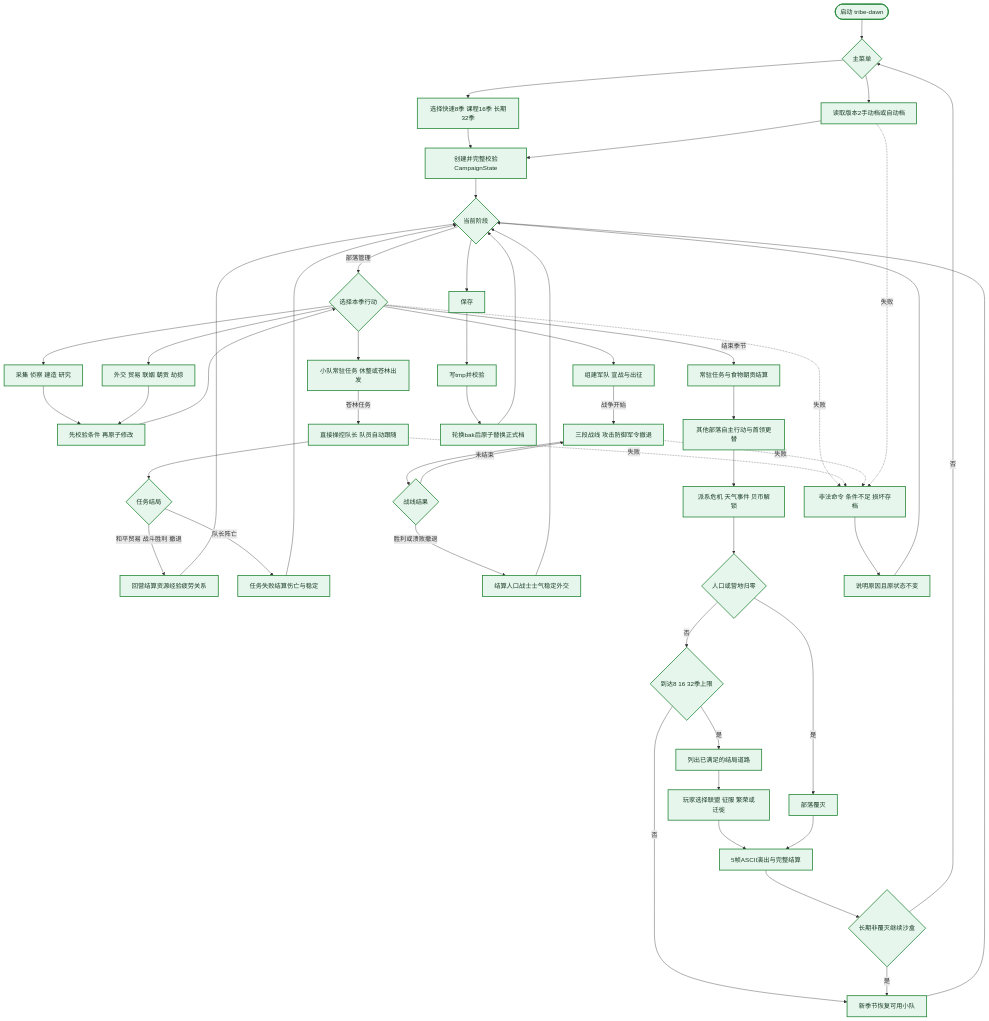
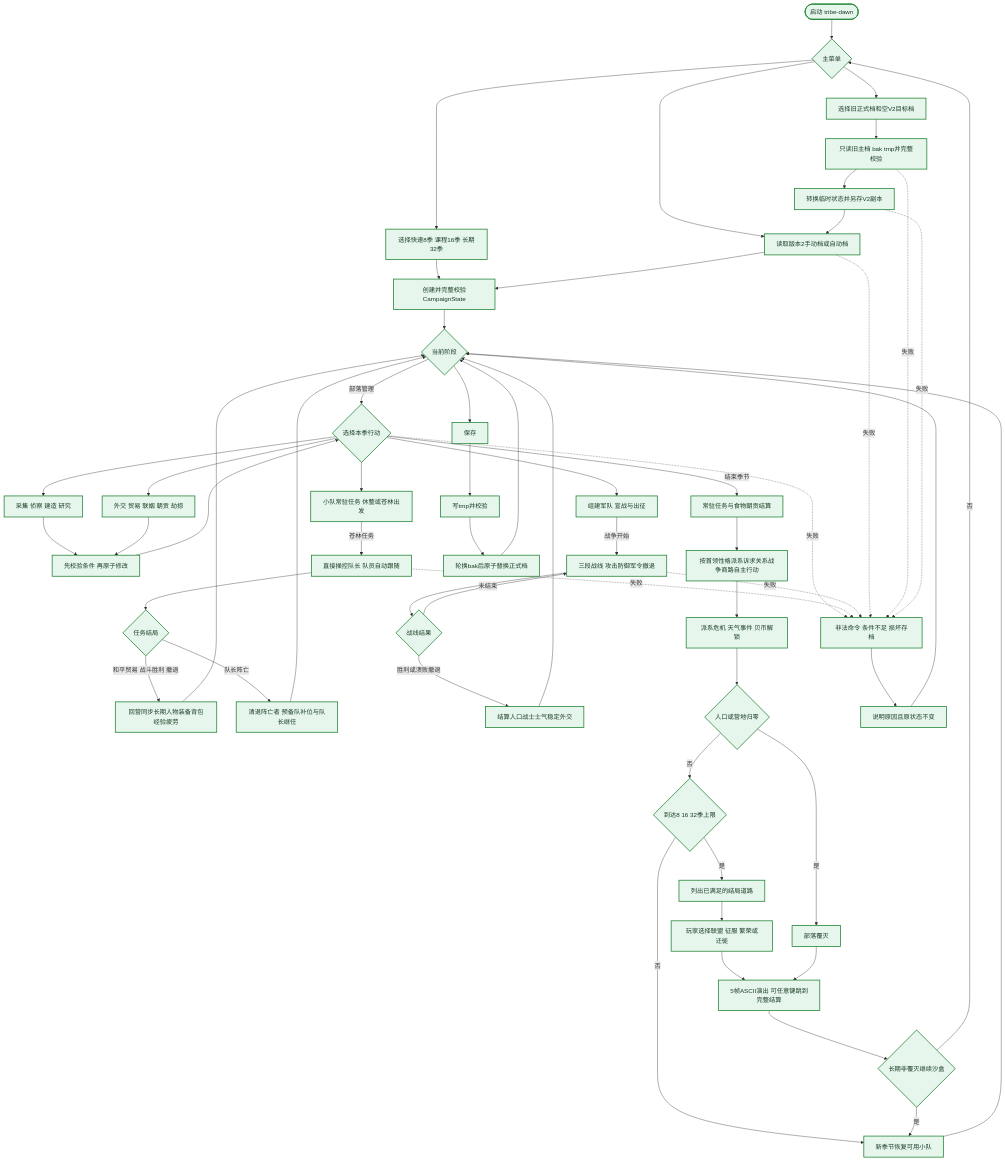
The diagram in formal/docs/diagrams/expanded/04-core-flow-expanded.mmd (gs8-79/new-game), drawn with Mermaid before and after one commit. The commit also changed 62 other files, not shown here.

```diff
--- a/formal/docs/diagrams/expanded/04-core-flow-expanded.mmd
+++ b/formal/docs/diagrams/expanded/04-core-flow-expanded.mmd
@@ -1,53 +1,59 @@
 flowchart TB
     A([启动 tribe-dawn]) --> B{主菜单}
     B --> C[选择快速8季 课程16季 长期32季]
     B --> D[读取版本2手动档或自动档]
+    B --> D1[选择旧正式档和空V2目标档]
+    D1 --> D2[只读旧主档 bak tmp并完整校验]
+    D2 --> D3[转换临时状态并另存V2副本]
+    D3 --> D
     C --> E[创建并完整校验CampaignState]
     D --> E
     E --> F{当前阶段}
     F -- 部落管理 --> G{选择本季行动}
     G --> H[采集 侦察 建造 研究]
     G --> I[外交 贸易 联姻 朝贡 劫掠]
     G --> J[小队常驻任务 休整或苍林出发]
     G --> K[组建军队 宣战与出征]
     H --> L[先校验条件 再原子修改]
     I --> L
     J -- 苍林任务 --> M[直接操控队长 队员自动跟随]
     K -- 战争开始 --> N[三段战线 攻击防御军令撤退]
     L --> G
     M --> M1{任务结局}
-    M1 -- 和平贸易 战斗胜利 撤退 --> M2[回营结算资源经验疲劳关系]
-    M1 -- 队长阵亡 --> M3[任务失败结算伤亡与稳定]
+    M1 -- 和平贸易 战斗胜利 撤退 --> M2[回营同步长期人物装备背包经验疲劳]
+    M1 -- 队长阵亡 --> M3[清退阵亡者 预备队补位与队长继任]
     M2 --> F
     M3 --> F
     N --> N1{战线结果}
     N1 -- 未结束 --> N
     N1 -- 胜利或溃败撤退 --> N2[结算人口战士士气稳定外交]
     N2 --> F
     G -- 结束季节 --> O[常驻任务与食物朝贡结算]
-    O --> P[其他部落自主行动与首领更替]
+    O --> P[按首领性格派系诉求关系战争商路自主行动]
     P --> Q[派系危机 天气事件 贝币解锁]
     Q --> R{人口或营地归零}
     R -- 是 --> X[部落覆灭]
     R -- 否 --> S{到达8 16 32季上限}
     S -- 否 --> T[新季节恢复可用小队]
     T --> F
     S -- 是 --> U[列出已满足的结局道路]
     U --> V[玩家选择联盟 征服 繁荣或迁徙]
-    V --> W[5帧ASCII演出与完整结算]
+    V --> W[5帧ASCII演出 可任意键跳到完整结算]
     X --> W
     W --> Y{长期非覆灭继续沙盒}
     Y -- 是 --> T
     Y -- 否 --> B
     Z[非法命令 条件不足 损坏存档] --> Z1[说明原因且原状态不变]
     G -.失败.-> Z
     M -.失败.-> Z
     N -.失败.-> Z
     D -.失败.-> Z
+    D2 -.失败.-> Z
+    D3 -.失败.-> Z
     Z1 --> F
     AA[保存] --> AB[写tmp并校验]
     AB --> AC[轮换bak后原子替换正式档]
     F --> AA
     AC --> F
     classDef done fill:#e7f6ed,stroke:#238636,color:#173b22,stroke-width:2px
-    class A,B,C,D,E,F,G,H,I,J,K,L,M,M1,M2,M3,N,N1,N2,O,P,Q,R,S,T,U,V,W,X,Y,Z,Z1,AA,AB,AC done
+    class A,B,C,D,D1,D2,D3,E,F,G,H,I,J,K,L,M,M1,M2,M3,N,N1,N2,O,P,Q,R,S,T,U,V,W,X,Y,Z,Z1,AA,AB,AC done
```
